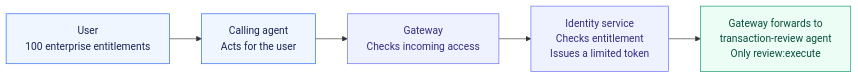
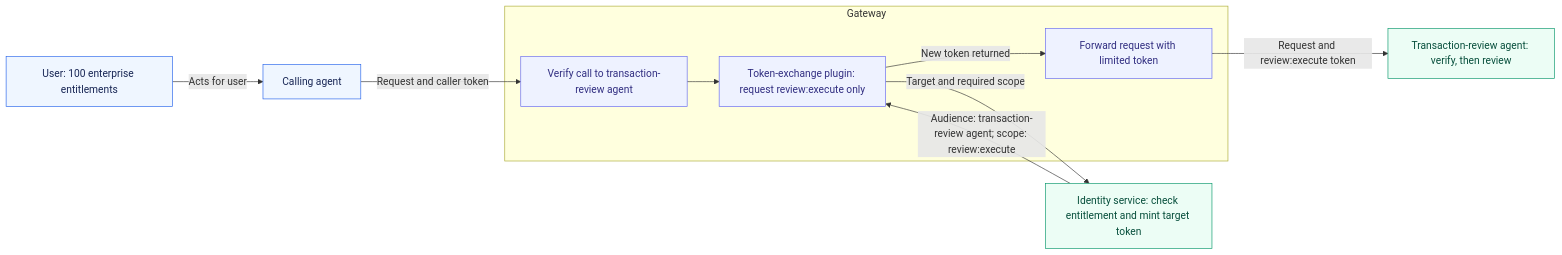
Before and after one commit to sanketrk/FOSS-AGENTIC-GATEWAY: the third of 3 diagrams in README.md, drawn with Mermaid. The commit also changed other lines of this file and 1 other file, not shown here.

Commit message:
Correct exchange diagrams to show issuance return and callee verification

````diff
--- a/README.md
+++ b/README.md
@@ -118,13 +131,22 @@
 ```mermaid
 flowchart LR
-    U["User<br/>100 enterprise entitlements"] --> A["Calling agent<br/>Acts for the user"]
-    A --> G["Gateway<br/>Checks incoming access"]
-    G --> S["Identity service<br/>Checks entitlement<br/>Issues a limited token"]
-    S --> T["Gateway forwards to<br/>transaction-review agent<br/>Only review:execute"]
+    userIdentity["User: 100 enterprise entitlements"] -->|"Acts for user"| callerAgent["Calling agent"]
+    subgraph gatewayProcess["Gateway"]
+        verifyCall["Verify call to transaction-review agent"]
+        exchangePlugin["Token-exchange plugin: request review:execute only"]
+        forwardCall["Forward request with limited token"]
+        verifyCall --> exchangePlugin
+        exchangePlugin -->|"New token returned"| forwardCall
+    end
+    callerAgent -->|"Request and caller token"| verifyCall
+    identityService["Identity service: check entitlement and mint target token"]
+    exchangePlugin -->|"Target and required scope"| identityService
+    identityService -->|"Audience: transaction-review agent; scope: review:execute"| exchangePlugin
+    forwardCall -->|"Request and review:execute token"| calleeAgent["Transaction-review agent: verify, then review"]
     classDef caller fill:#eff6ff,stroke:#2563eb,color:#172554
-    classDef policy fill:#eef2ff,stroke:#6366f1,color:#312e81
-    classDef limited fill:#ecfdf5,stroke:#059669,color:#064e3b
-    class U,A caller
-    class G,S policy
-    class T limited
+    classDef gateway fill:#eef2ff,stroke:#6366f1,color:#312e81
+    classDef target fill:#ecfdf5,stroke:#059669,color:#064e3b
+    class userIdentity,callerAgent caller
+    class verifyCall,exchangePlugin,forwardCall gateway
+    class identityService,calleeAgent target
 ```
````
